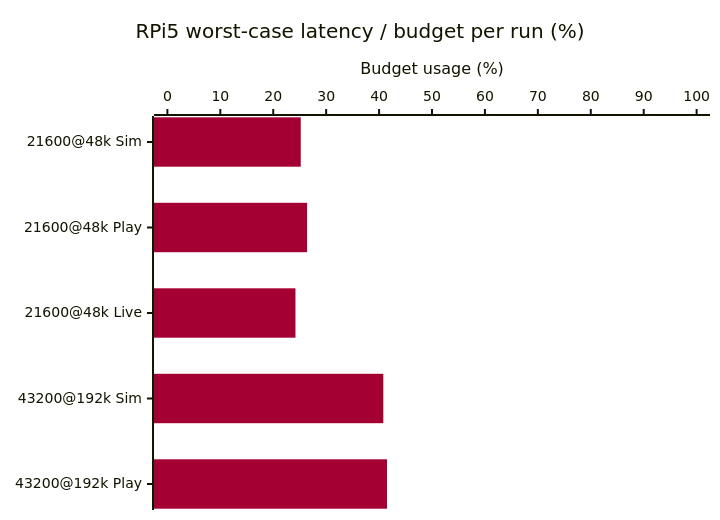
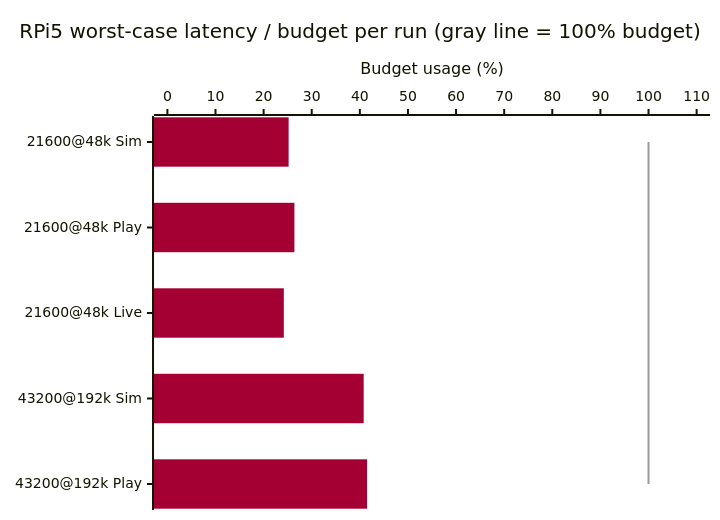
The second of 4 diagrams in Milestone/en/4-Planned-Experiments.md (lgcmu2026-team5/TimeGrapher-Docs), drawn with Mermaid before and after one commit. The commit also changed other lines of this file and 1 other file, not shown here.

First line of the commit message:
docs(EXP-01/02/05): add gray reference lines to charts

````diff
--- a/Milestone/en/4-Planned-Experiments.md
+++ b/Milestone/en/4-Planned-Experiments.md
@@ -107,8 +108,9 @@
 ```mermaid
-%%{init: {"themeVariables": {"xyChart": {"plotColorPalette": "#A50034"}}}}%%
+%%{init: {"themeVariables": {"xyChart": {"plotColorPalette": "#A50034, #999999"}}}}%%
 xychart-beta horizontal
-    title "RPi5 worst-case latency / budget per run (%)"
+    title "RPi5 worst-case latency / budget per run (gray line = 100% budget)"
     x-axis ["21600@48k Sim", "21600@48k Play", "21600@48k Live", "43200@192k Sim", "43200@192k Play"]
-    y-axis "Budget usage (%)" 0 --> 100
+    y-axis "Budget usage (%)" 0 --> 110
     bar [25.2, 26.4, 24.2, 40.8, 41.5]
+    line [100, 100, 100, 100, 100]
 ```
````
